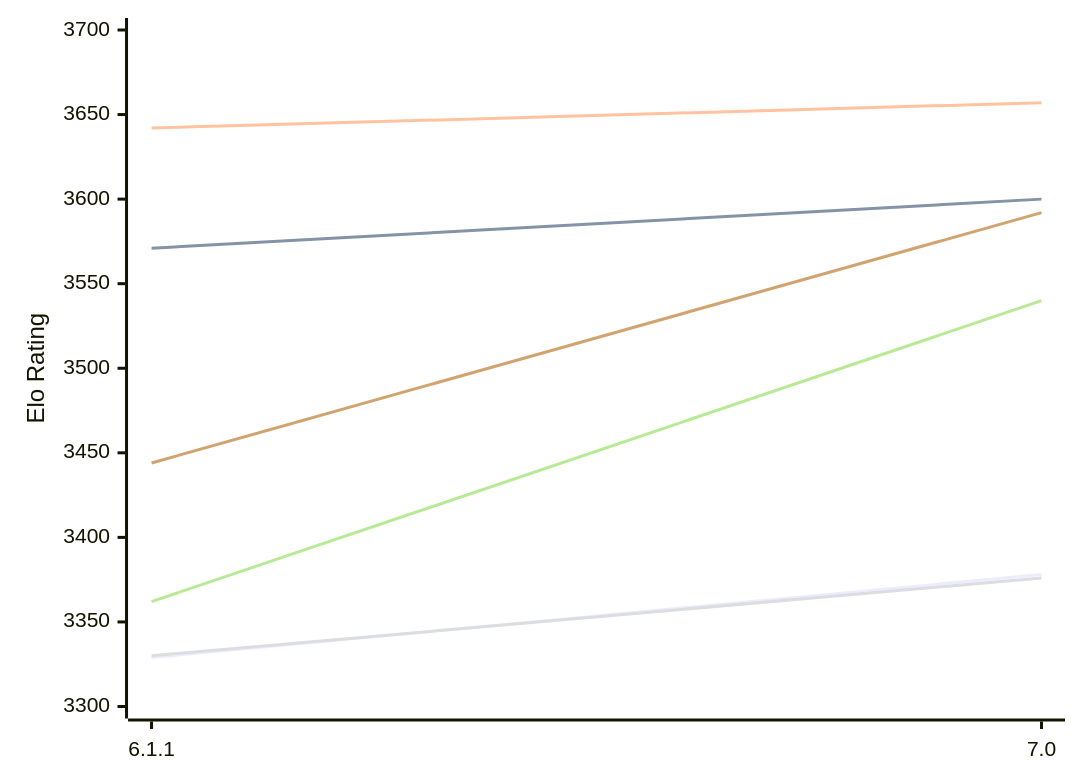
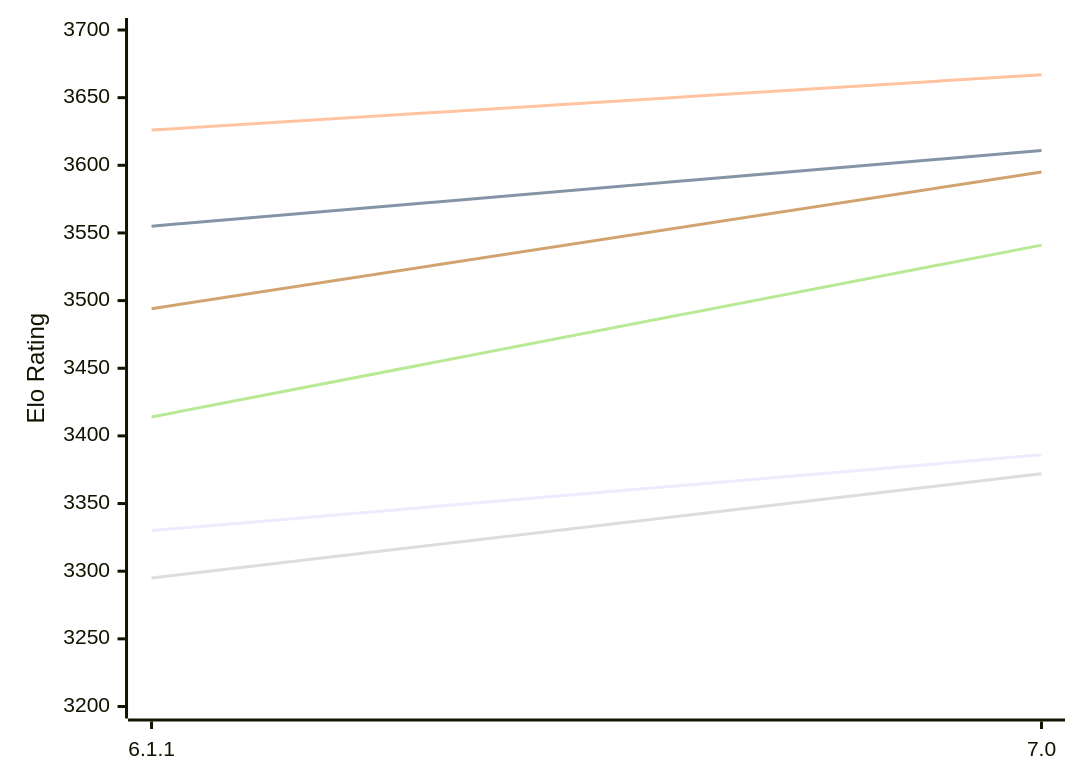
One commit to computer-chess-index/cci changed the first of 2 diagrams in engines/Astra.md. Above: the diagram before and after it, drawn with Mermaid. The commit also changed other lines of this file, not shown here.

Commit message:
Update CCI Ratings (ELO VLTC) - 2026-11-16

````diff
--- a/engines/Astra.md
+++ b/engines/Astra.md
@@ -50,12 +50,12 @@
 ```mermaid
 %%{init: {"theme":"base","themeVariables":{"seriesColors:['#a3a3a3','#222221','#faa371']}}}%%
 xychart-beta
   x-axis ["6.1.1", "7.0"]
-  y-axis "Elo Rating" 3300 --> 3700
-  line "E1: STC (8.0+0.08s)" [3329, 3378]
-  line "E1: LTC (60.0+0.60s)" [3571, 3600]
-  line "E1: VLTC (2m24s+1.12s)" [3642, 3657]
-  line "P1: STC (8.0+0.08s)" [3330, 3376]
-  line "P1: LTC (60.0+0.60s)" [3362, 3540]
-  line "P1: VLTC (2m24s+1.12s)" [3444, 3592]
+  y-axis "Elo Rating" 3200 --> 3700
+  line "E1: STC (8.0+0.08s)" [3330, 3386]
+  line "E1: LTC (60.0+0.60s)" [3555, 3611]
+  line "E1: VLTC (2m24s+1.12s)" [3626, 3667]
+  line "P1: STC (8.0+0.08s)" [3295, 3372]
+  line "P1: LTC (60.0+0.60s)" [3414, 3541]
+  line "P1: VLTC (2m24s+1.12s)" [3494, 3595]
 ```
````
